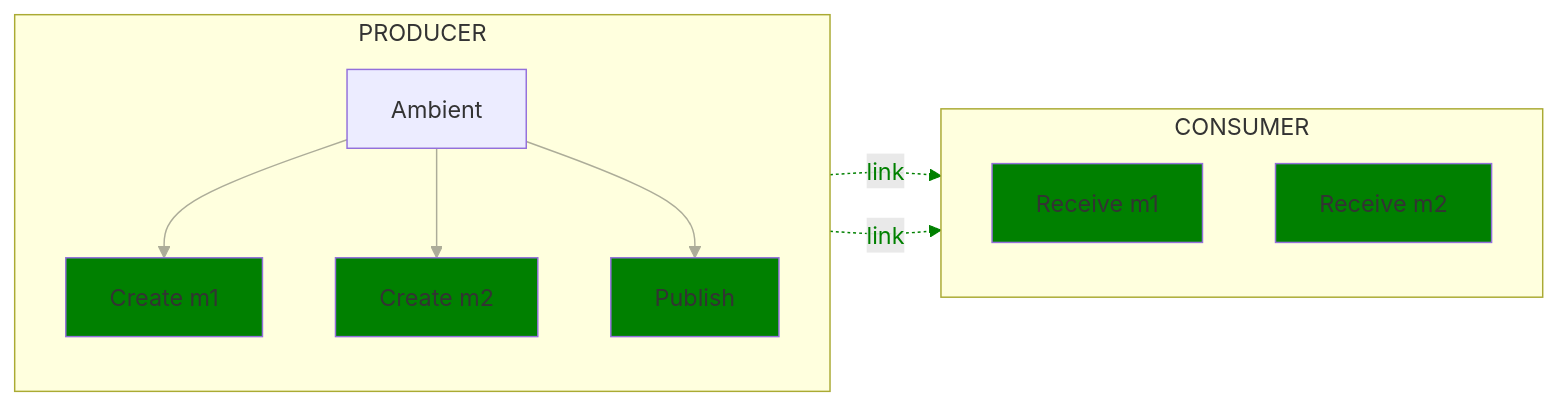
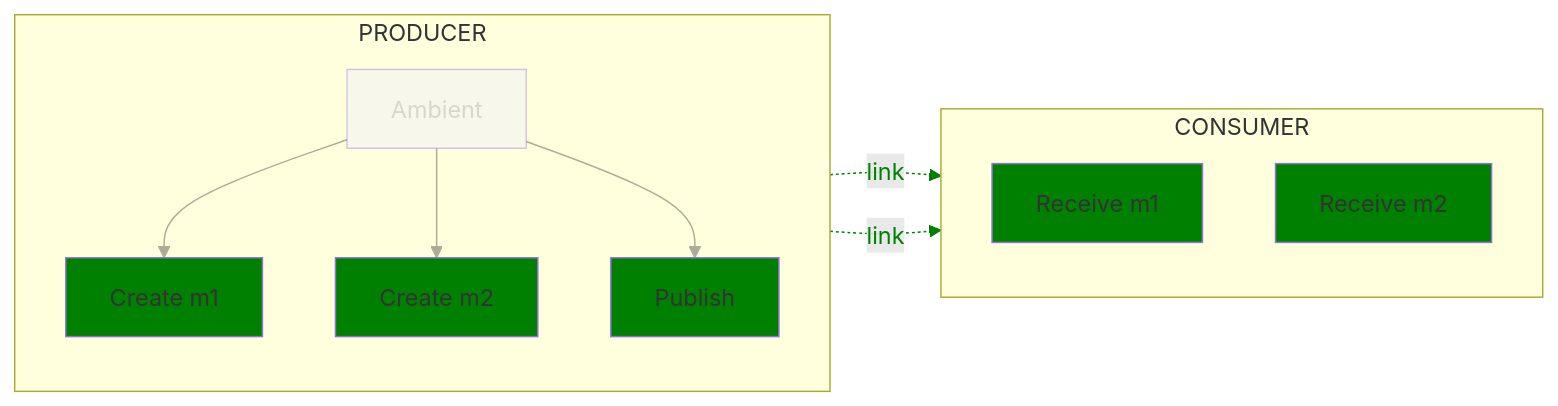
The ninth of 13 diagrams in text/trace/0220-messaging-semantic-conventions-span-structure.md (open-telemetry/oteps), drawn with Mermaid before and after one commit. The commit also changed other lines of this file, not shown here.

````diff
--- a/text/trace/0220-messaging-semantic-conventions-span-structure.md
+++ b/text/trace/0220-messaging-semantic-conventions-span-structure.md
@@ -456,23 +453,23 @@
 ```mermaid
 flowchart LR;
   subgraph PRODUCER
   direction TB
   A[Ambient]-->CM1[Create m1]
   A-->CM2[Create m2]
   A-->P[Publish]
   end
   subgraph CONSUMER
   direction TB
   RM1[Receive m1]
   RM2[Receive m2]
   end
   CM1-. link .->RM1;
   CM2-. link .->RM2;
 
   classDef normal fill:green
   class CM1,CM2,P,RM1,RM2 normal
   classDef additional opacity:0.4
-  class additional A
+  class A additional
   linkStyle 0,1,2 opacity:0.4
   linkStyle 3,4 color:green,stroke:green
 ```
````
